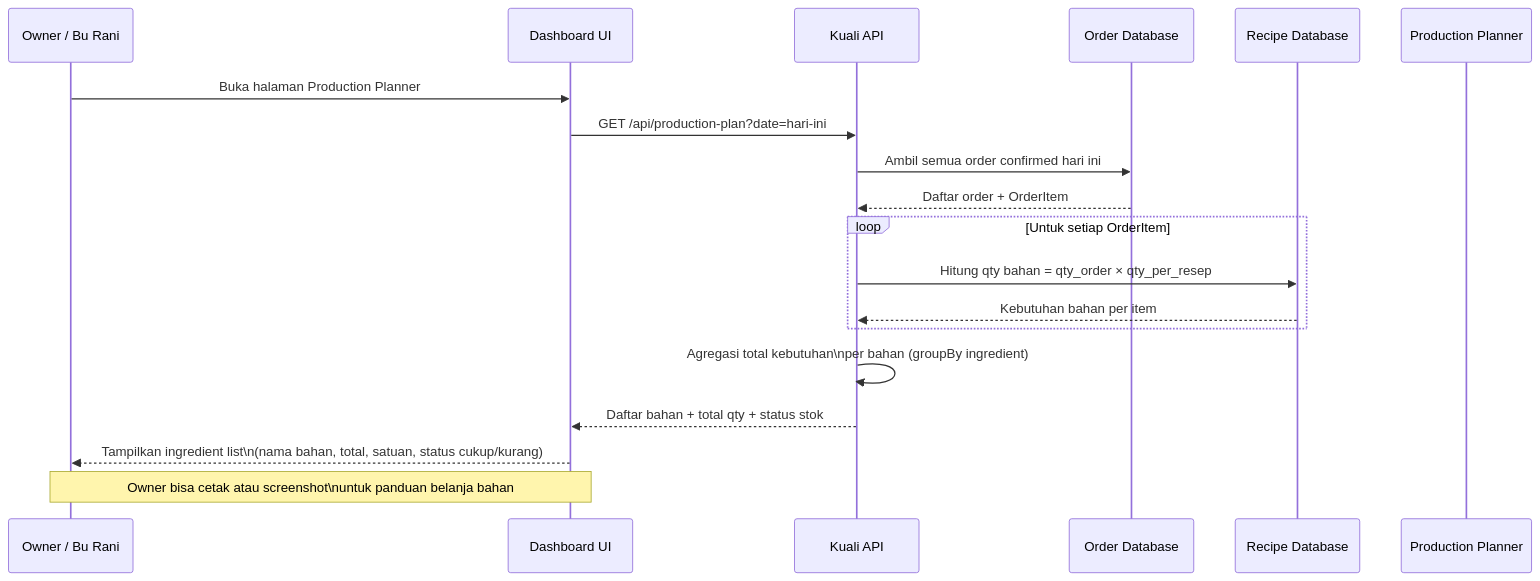
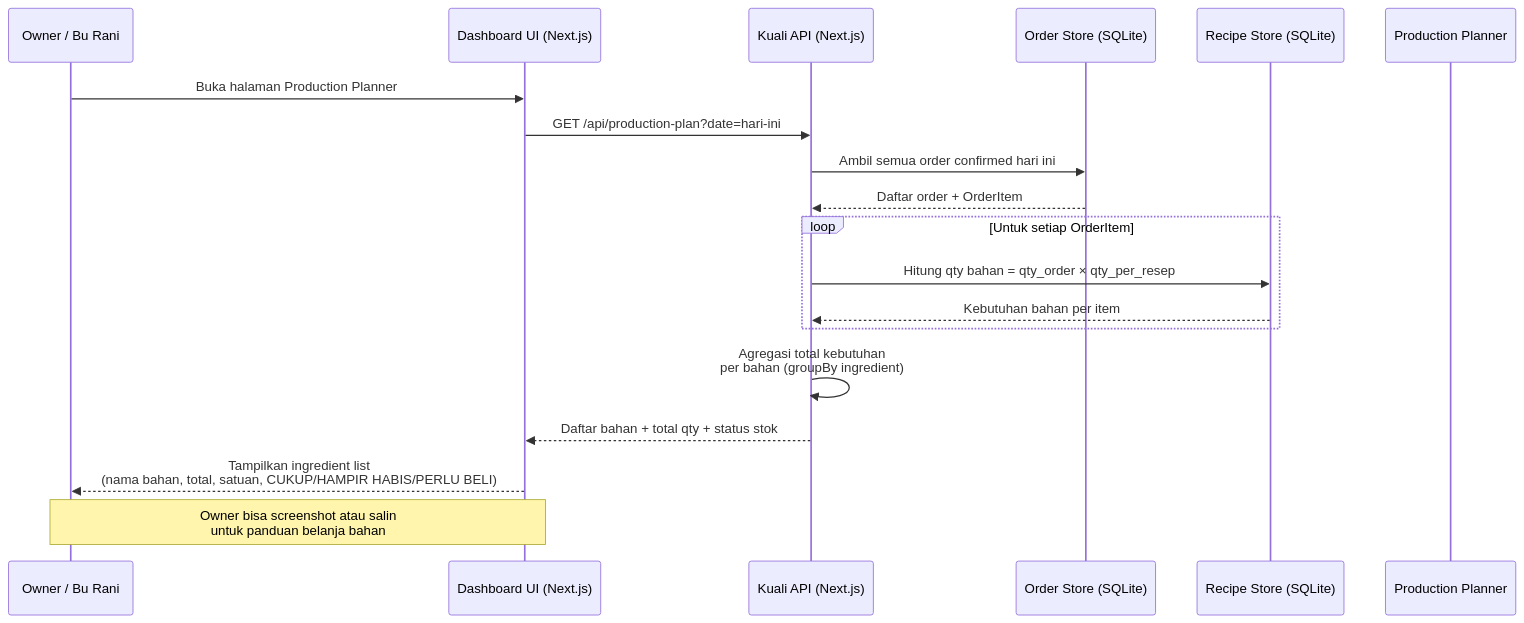
The third of 7 diagrams in docs/proposal/11_MERMAID_DIAGRAMS.md (codezeros18/kuali), drawn with Mermaid before and after one commit. The commit also changed other lines of this file and 12 other files, not shown here.

````diff
--- a/docs/proposal/11_MERMAID_DIAGRAMS.md
+++ b/docs/proposal/11_MERMAID_DIAGRAMS.md
@@ -117,26 +135,26 @@
 ```mermaid
 sequenceDiagram
     participant Owner as Owner / Bu Rani
-    participant Dashboard as Dashboard UI
-    participant API as Kuali API
-    participant OrderDB as Order Database
-    participant RecipeDB as Recipe Database
+    participant Dashboard as Dashboard UI (Next.js)
+    participant API as Kuali API (Next.js)
+    participant OrderDB as Order Store (SQLite)
+    participant RecipeDB as Recipe Store (SQLite)
     participant Planner as Production Planner
 
     Owner->>Dashboard: Buka halaman Production Planner
     Dashboard->>API: GET /api/production-plan?date=hari-ini
     API->>OrderDB: Ambil semua order confirmed hari ini
     OrderDB-->>API: Daftar order + OrderItem
 
     loop Untuk setiap OrderItem
         API->>RecipeDB: Hitung qty bahan = qty_order × qty_per_resep
         RecipeDB-->>API: Kebutuhan bahan per item
     end
 
-    API->>API: Agregasi total kebutuhan\nper bahan (groupBy ingredient)
+    API->>API: Agregasi total kebutuhan<br/>per bahan (groupBy ingredient)
     API-->>Dashboard: Daftar bahan + total qty + status stok
 
-    Dashboard-->>Owner: Tampilkan ingredient list\n(nama bahan, total, satuan, status cukup/kurang)
+    Dashboard-->>Owner: Tampilkan ingredient list<br/>(nama bahan, total, satuan, CUKUP/HAMPIR HABIS/PERLU BELI)
 
-    Note over Owner,Dashboard: Owner bisa cetak atau screenshot\nuntuk panduan belanja bahan
+    Note over Owner,Dashboard: Owner bisa screenshot atau salin<br/>untuk panduan belanja bahan
 ```
````
